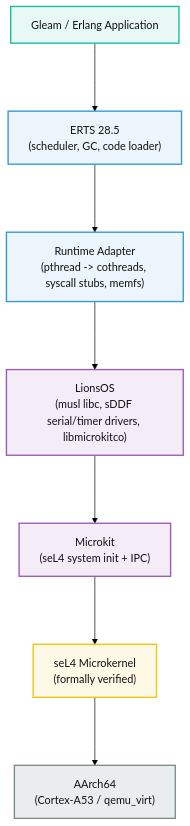
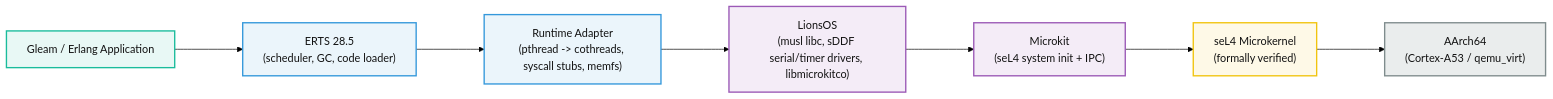
One commit to byzantine-systems/chrysopolis changed the diagram in README.md. Above: the diagram before and after it, drawn with Mermaid (forest theme). The commit also changed other lines of this file and 17 other files, not shown here.

````diff
--- a/README.md
+++ b/README.md
@@ -41,23 +27,23 @@
 ```mermaid
-flowchart TD
+flowchart LR
     %% Nodes
     App["Gleam / Erlang Application"]
     ERTS["ERTS 28.5<br/>(scheduler, GC, code loader)"]
     Runtime["Runtime Adapter<br/>(pthread -> cothreads, syscall stubs, memfs)"]
     LionsOS["LionsOS<br/>(musl libc, sDDF serial/timer drivers, libmicrokitco)"]
     Microkit["Microkit<br/>(seL4 system init + IPC)"]
     seL4["seL4 Microkernel<br/>(formally verified)"]
     HW["AArch64<br/>(Cortex-A53 / qemu_virt)"]
 
     %% Flow/Stacking
     App ---> ERTS ---> Runtime ---> LionsOS ---> Microkit ---> seL4 ---> HW
 
     %% Style definitions for a clean, professional look
     style App fill:#E8F8F5,stroke:#1ABC9C,stroke-width:2px,color:#111
     style ERTS fill:#EBF5FB,stroke:#3498DB,stroke-width:2px,color:#111
     style Runtime fill:#EBF5FB,stroke:#3498DB,stroke-width:2px,color:#111
     style LionsOS fill:#F4ECF7,stroke:#9B59B6,stroke-width:2px,color:#111
     style Microkit fill:#F4ECF7,stroke:#9B59B6,stroke-width:2px,color:#111
     style seL4 fill:#FEF9E7,stroke:#F1C40F,stroke-width:2px,color:#111
     style HW fill:#EAEDED,stroke:#7F8C8D,stroke-width:2px,color:#111
 ```
````
